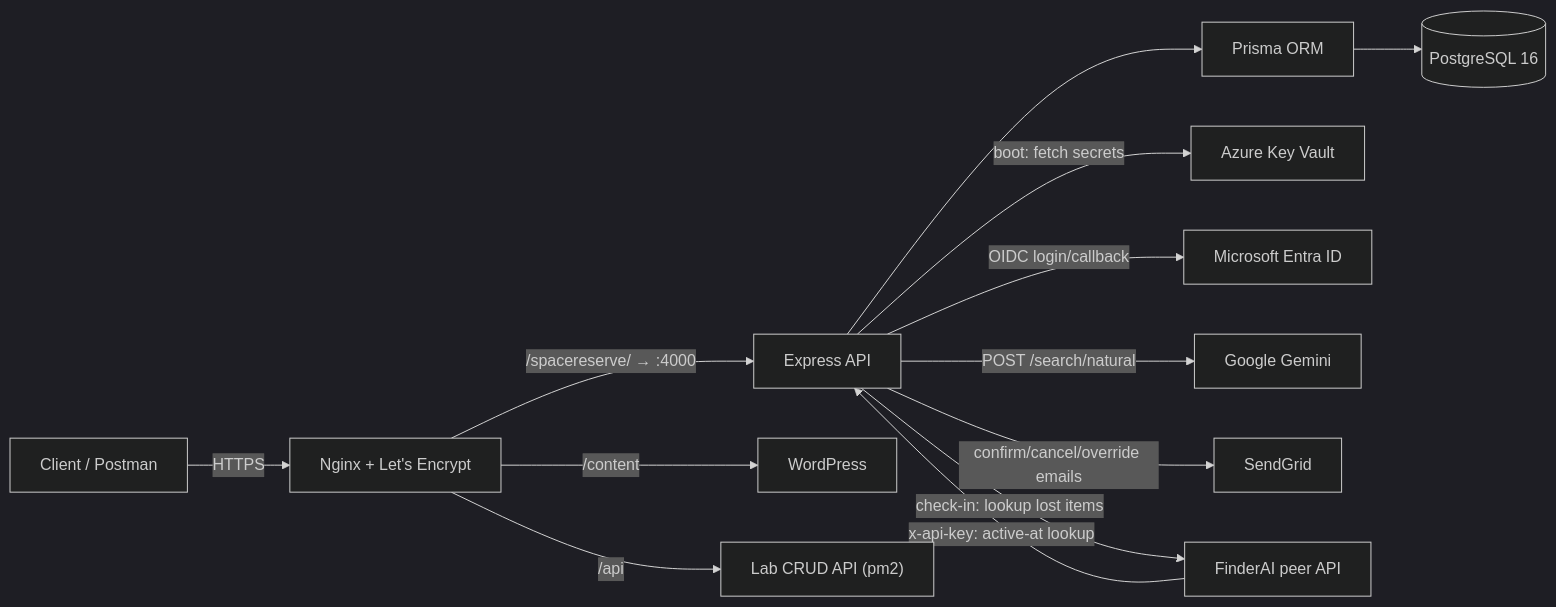
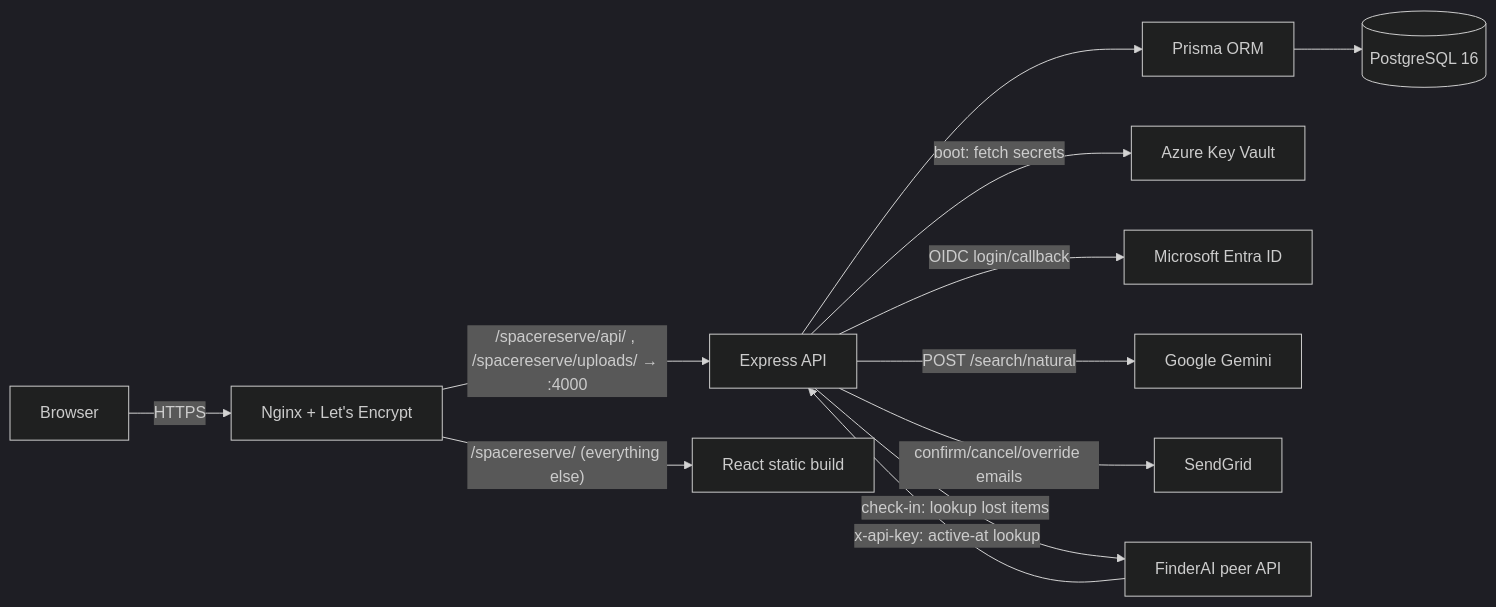
One commit to u6610909/spacereserve changed the first of 2 diagrams in backend/README.md. Above: the diagram before and after it, drawn with Mermaid (dark theme). The commit also changed other lines of this file and 6 other files, not shown here.

````diff
--- a/backend/README.md
+++ b/backend/README.md
@@ -24,17 +23,16 @@
 ```mermaid
 flowchart LR
-    Client[Client / Postman] -->|HTTPS| Nginx[Nginx + Let's Encrypt]
-    Nginx -->|"/spacereserve/ → :4000"| API[Express API]
-    Nginx -->|"/content"| WordPress
-    Nginx -->|"/api"| LabAPI["Lab CRUD API (pm2)"]
+    Client[Browser] -->|HTTPS| Nginx[Nginx + Let's Encrypt]
+    Nginx -->|"/spacereserve/api/ , /spacereserve/uploads/ → :4000"| API[Express API]
+    Nginx -->|"/spacereserve/ (everything else)"| SPA[React static build]
 
     API --> Prisma[Prisma ORM]
     Prisma --> Postgres[(PostgreSQL 16)]
 
     API -->|boot: fetch secrets| KeyVault[Azure Key Vault]
     API -->|OIDC login/callback| AD[Microsoft Entra ID]
     API -->|"POST /search/natural"| Gemini[Google Gemini]
     API -->|confirm/cancel/override emails| SendGrid
     API -->|"check-in: lookup lost items"| FinderAI[FinderAI peer API]
     FinderAI -->|"x-api-key: active-at lookup"| API
 ```
````
